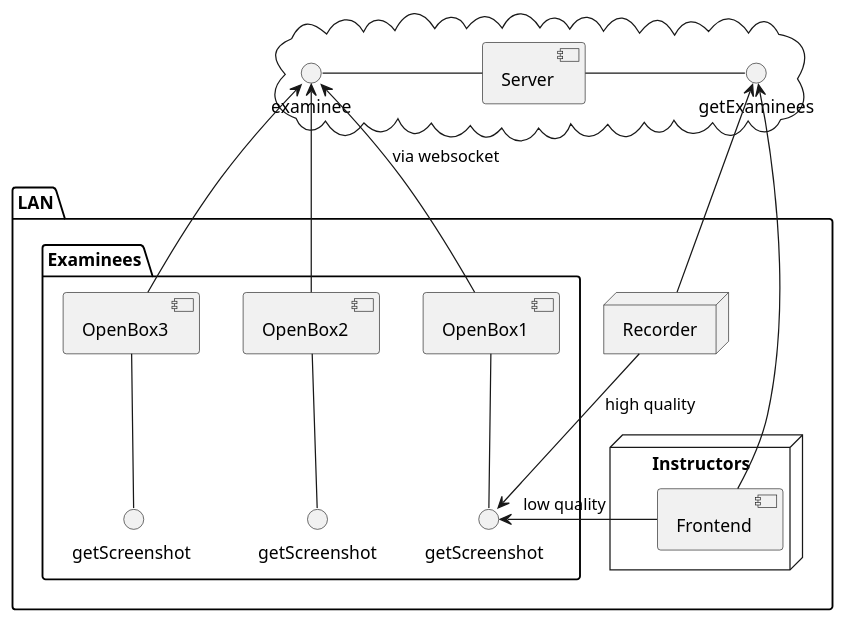
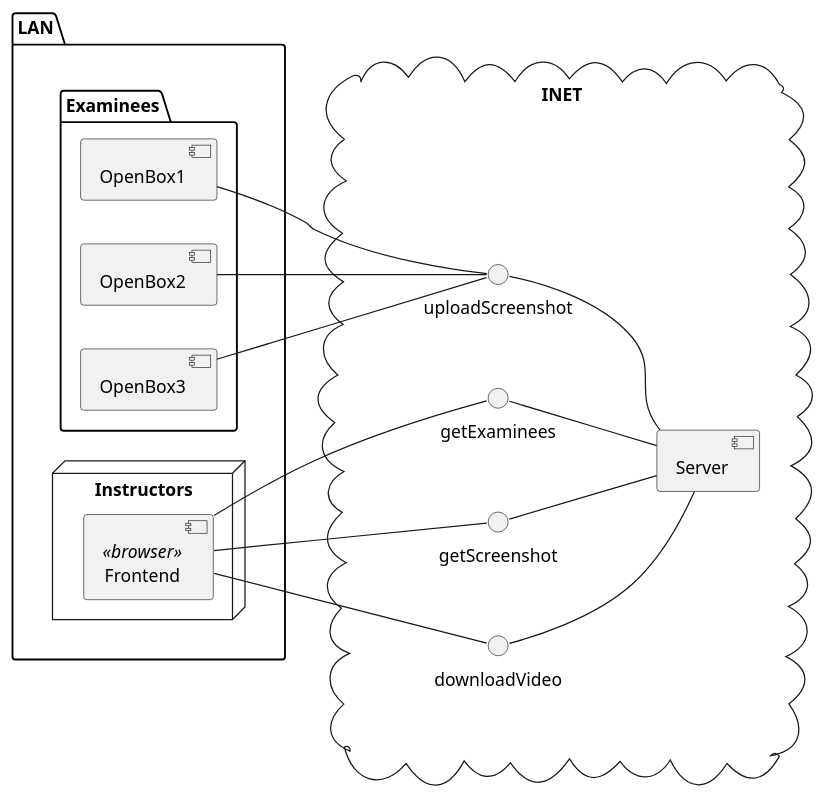
Before and after one commit to 2324-4bhif-syp/2324-4bhif-syp-project-franklyn: the diagram in asciidocs/slides/plantuml/architecture.puml, drawn with PlantUML. The commit also changed 2 other files, not shown here.

Commit message:
doc: update architecture diagram

```diff
--- a/asciidocs/slides/plantuml/architecture.puml
+++ b/asciidocs/slides/plantuml/architecture.puml
@@ -1,30 +1,35 @@
 @startuml
+left to right direction
+
+cloud INET {
+    rectangle " " #line:transparent {
+        () uploadScreenshot
+        () "getExaminees"
+        () "getScreenshot"
+        () "downloadVideo"
+    }
+
+    "uploadScreenshot" -- [Server]
+    "getExaminees" -- [Server]
+    "getScreenshot" -- [Server]
+    "downloadVideo" -- [Server]
+}
+
 package LAN {
     package Examinees {
-        [OpenBox1] -- "getScreenshot  "
-        [OpenBox2] -- "getScreenshot"
-        [OpenBox3] -- "getScreenshot "
+        [OpenBox1] -- "uploadScreenshot"
+        [OpenBox2] -- "uploadScreenshot"
+        [OpenBox3] -- "uploadScreenshot"
     }
 
     node Instructors {
-        [Frontend]
+        [Frontend] <<browser>>
     }
+}
+[Frontend] -- "getExaminees"
+[Frontend] -- "getScreenshot"
+[Frontend] -- "downloadVideo"
 
-    node Recorder
-}
-
-cloud {
-    [Server] -left- "examinee" : "                           "
-    [Server] -right- "getExaminees"  : "                           "
-}
-
-[OpenBox1] -up-> "examinee" : "via websocket"
-[OpenBox2] -up-> "examinee"
-[OpenBox3] -up-> "examinee"
-
-[Frontend] -left-> "getExaminees"
-[Frontend] -left-> "getScreenshot  " : "low quality       "
-
-Recorder --> "getExaminees"
-Recorder -down-> "getScreenshot  " : "high quality"
+" " -[hidden]- INET
+LAN -[hidden]- " "
 @enduml
```
